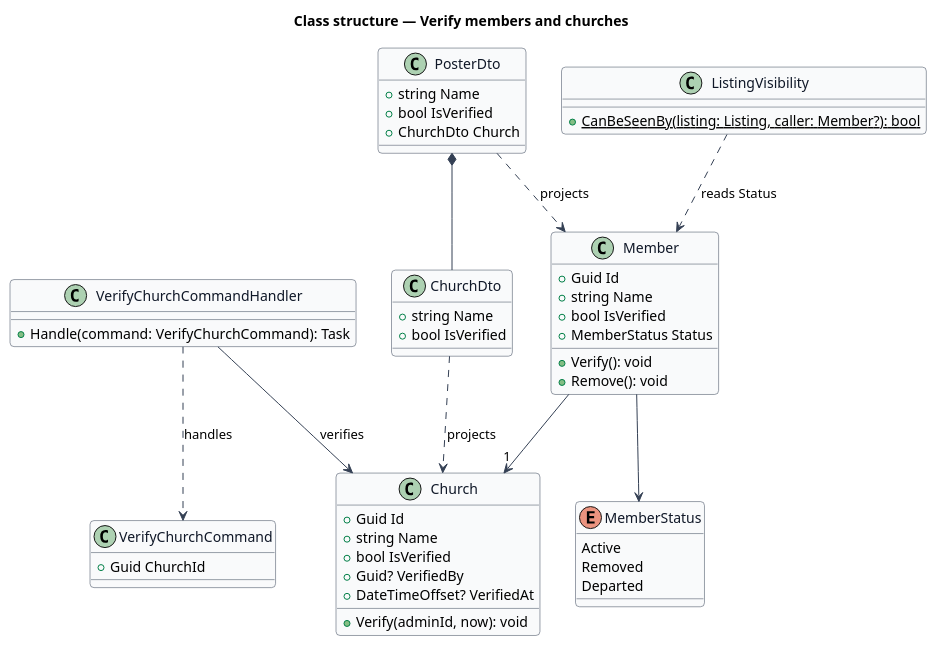
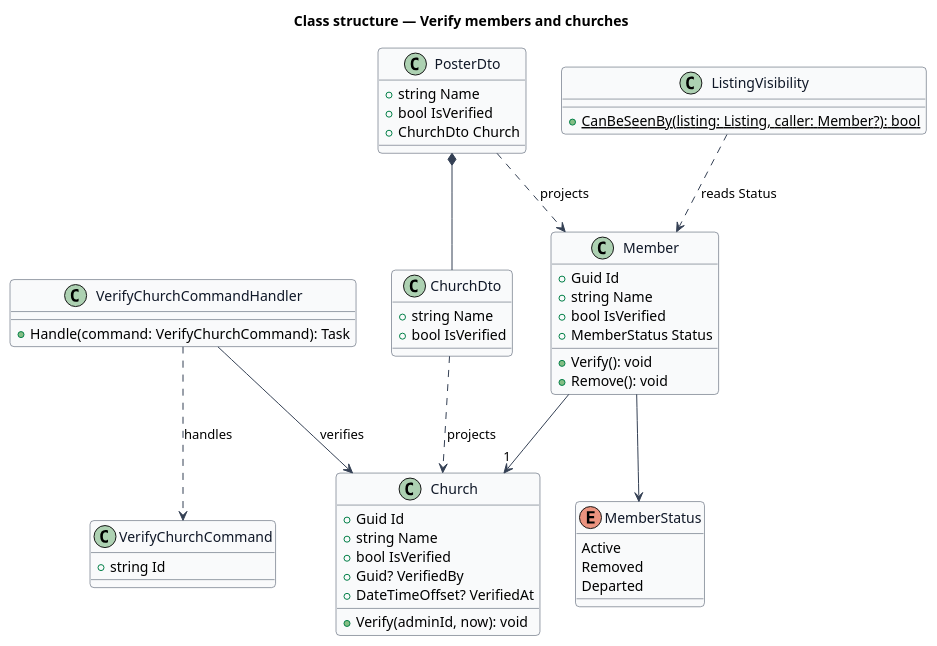
The diagram in docs/detailed-designs/members/verify-members-and-churches/diagrams/class-structure.puml (QuinntyneBrown/christian-rent), drawn with PlantUML before and after one commit. The commit also changed 38 other files, not shown here.

```diff
--- a/docs/detailed-designs/members/verify-members-and-churches/diagrams/class-structure.puml
+++ b/docs/detailed-designs/members/verify-members-and-churches/diagrams/class-structure.puml
@@ -1,63 +1,63 @@
 @startuml
 ' --- shared skin header ---
 skinparam backgroundColor #FFFFFF
 skinparam shadowing false
 skinparam roundcorner 8
 skinparam defaultFontName Arial
 skinparam ArrowColor #344054
 skinparam class {
   BorderColor #344054
   FontColor #101828
   BackgroundColor #F9FAFB
 }
 ' --------------------------
 title Class structure — Verify members and churches
 
 class Member {
   +Guid Id
   +string Name
   +bool IsVerified
   +MemberStatus Status
   +Verify(): void
   +Remove(): void
 }
 class Church {
   +Guid Id
   +string Name
   +bool IsVerified
   +Guid? VerifiedBy
   +DateTimeOffset? VerifiedAt
   +Verify(adminId, now): void
 }
 enum MemberStatus {
   Active
   Removed
   Departed
 }
 class VerifyChurchCommand {
-  +Guid ChurchId
+  +string Id
 }
 class VerifyChurchCommandHandler {
   +Handle(command: VerifyChurchCommand): Task
 }
 class ListingVisibility {
   +{static} CanBeSeenBy(listing: Listing, caller: Member?): bool
 }
 class PosterDto {
   +string Name
   +bool IsVerified
   +ChurchDto Church
 }
 class ChurchDto {
   +string Name
   +bool IsVerified
 }
 Member --> "1" Church
 Member --> MemberStatus
 VerifyChurchCommandHandler ..> VerifyChurchCommand : handles
 VerifyChurchCommandHandler --> Church : verifies
 ListingVisibility ..> Member : reads Status
 PosterDto ..> Member : projects
 ChurchDto ..> Church : projects
 PosterDto *-- ChurchDto
 @enduml
```
